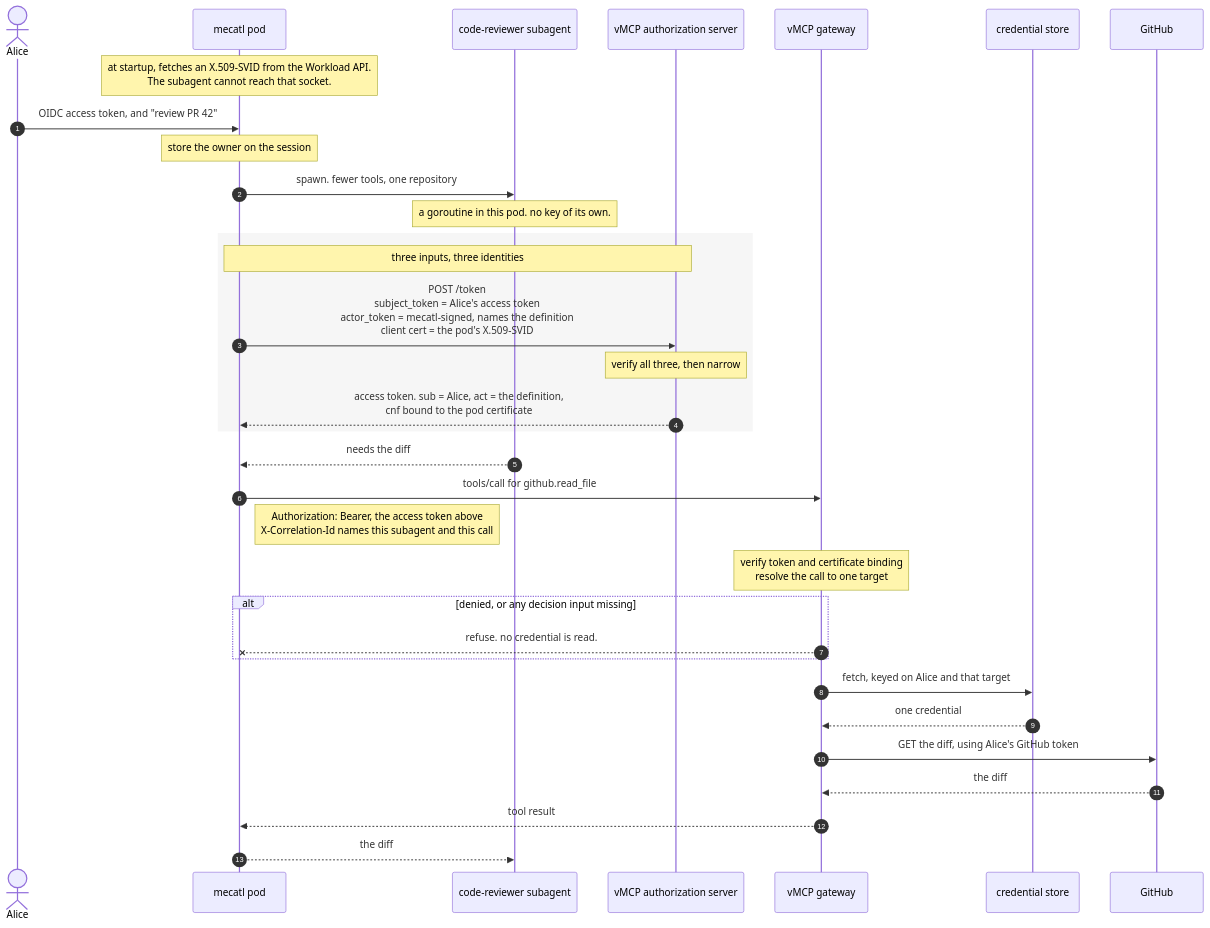
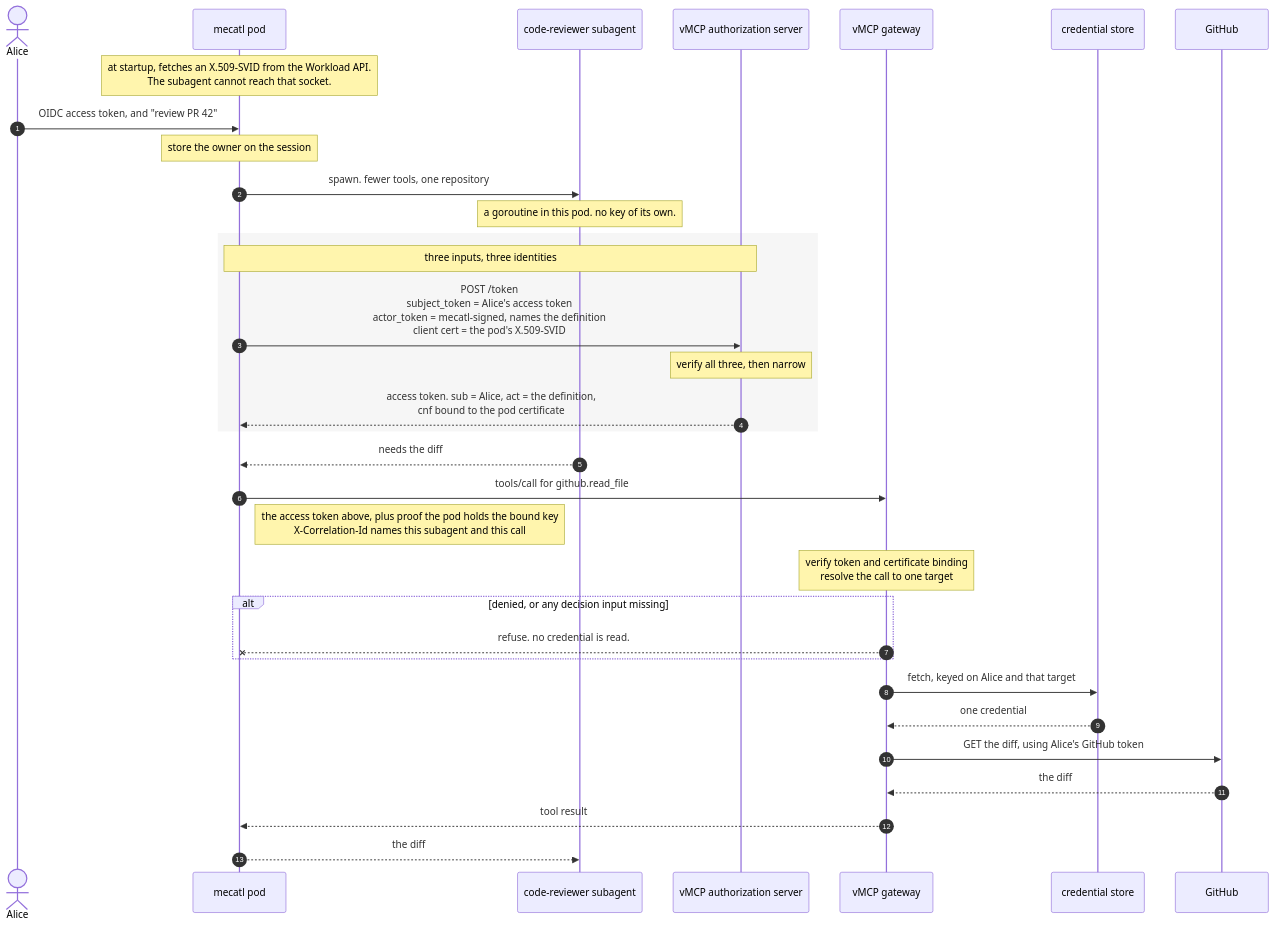
One commit to sabbanis/mecatl changed the diagram in docs/agent-identity-outbound.md. Above: the diagram before and after it, drawn with Mermaid. The commit also changed other lines of this file and 1 other file, not shown here.

````diff
--- a/docs/agent-identity-outbound.md
+++ b/docs/agent-identity-outbound.md
@@ -104,42 +104,42 @@
 ```mermaid
 sequenceDiagram
     autonumber
     actor Alice
     participant M as mecatl pod
     participant S as code-reviewer subagent
     participant AS as vMCP authorization server
     participant G as vMCP gateway
     participant V as credential store
     participant B as GitHub
 
     Note over M: at startup, fetches an X.509-SVID from the Workload API.<br/>The subagent cannot reach that socket.
 
     Alice->>M: OIDC access token, and "review PR 42"
     Note over M: store the owner on the session
 
     M->>S: spawn. fewer tools, one repository
     Note over S: a goroutine in this pod. no key of its own.
 
     rect rgba(128,128,128,0.07)
     Note over M,AS: three inputs, three identities
     M->>AS: POST /token<br/>subject_token = Alice's access token<br/>actor_token = mecatl-signed, names the definition<br/>client cert = the pod's X.509-SVID
     Note over AS: verify all three, then narrow
     AS-->>M: access token. sub = Alice, act = the definition,<br/>cnf bound to the pod certificate
     end
 
     S-->>M: needs the diff
     M->>G: tools/call for github.read_file
-    Note right of M: Authorization: Bearer, the access token above<br/>X-Correlation-Id names this subagent and this call
+    Note right of M: the access token above, plus proof the pod holds the bound key<br/>X-Correlation-Id names this subagent and this call
 
     Note over G: verify token and certificate binding<br/>resolve the call to one target
     alt denied, or any decision input missing
         G--xM: refuse. no credential is read.
     end
 
     G->>V: fetch, keyed on Alice and that target
     V-->>G: one credential
     G->>B: GET the diff, using Alice's GitHub token
     B-->>G: the diff
     G-->>M: tool result
     M-->>S: the diff
 ```
````
